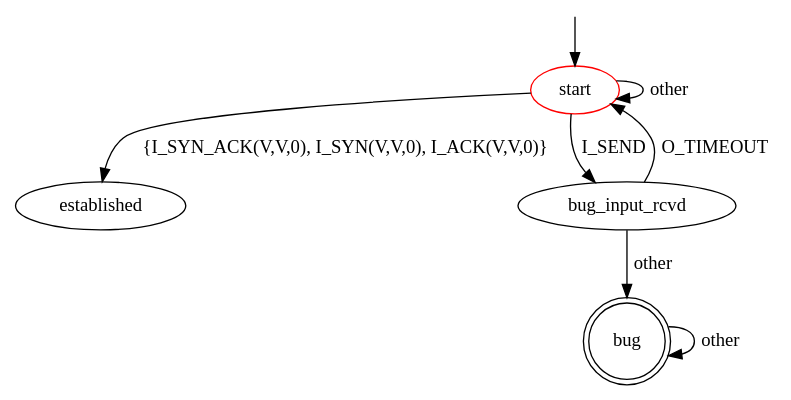
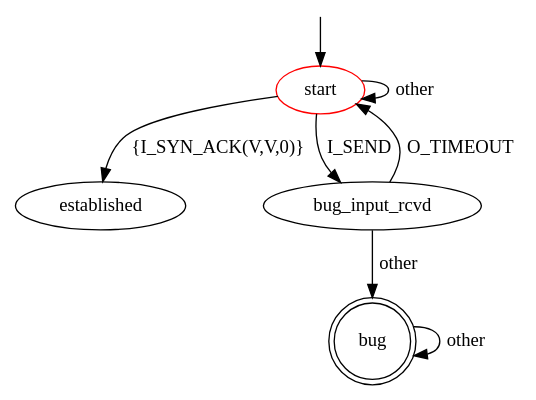
One commit to assist-project/state-machine-bug-finder changed the diagram in src/main/resources/patterns/tcp/client/errorr_response_to_send_when_connection_not_exit.dot. Above: the diagram before and after it, drawn with Graphviz. The commit also changed 13 other files, not shown here.

```diff
--- a/src/main/resources/patterns/tcp/client/errorr_response_to_send_when_connection_not_exit.dot
+++ b/src/main/resources/patterns/tcp/client/errorr_response_to_send_when_connection_not_exit.dot
@@ -1,16 +1,16 @@
 digraph G {
 label=""
 start [color="red"]
 bug [shape="doublecircle"]
 
-start -> established [label="{I_SYN_ACK(V,V,0), I_SYN(V,V,0), I_ACK(V,V,0)}"]
+start -> established [label="{I_SYN_ACK(V,V,0)}"]
 start -> start [label="other"]
 start -> bug_input_rcvd [label="I_SEND"]
 bug_input_rcvd -> start [label="O_TIMEOUT"]
 bug_input_rcvd -> bug [label="other"]
 
 bug -> bug [label="other"]
 
 __start0 [label="" shape="none" width="0" height="0"];
 __start0 -> start;
 }
```
